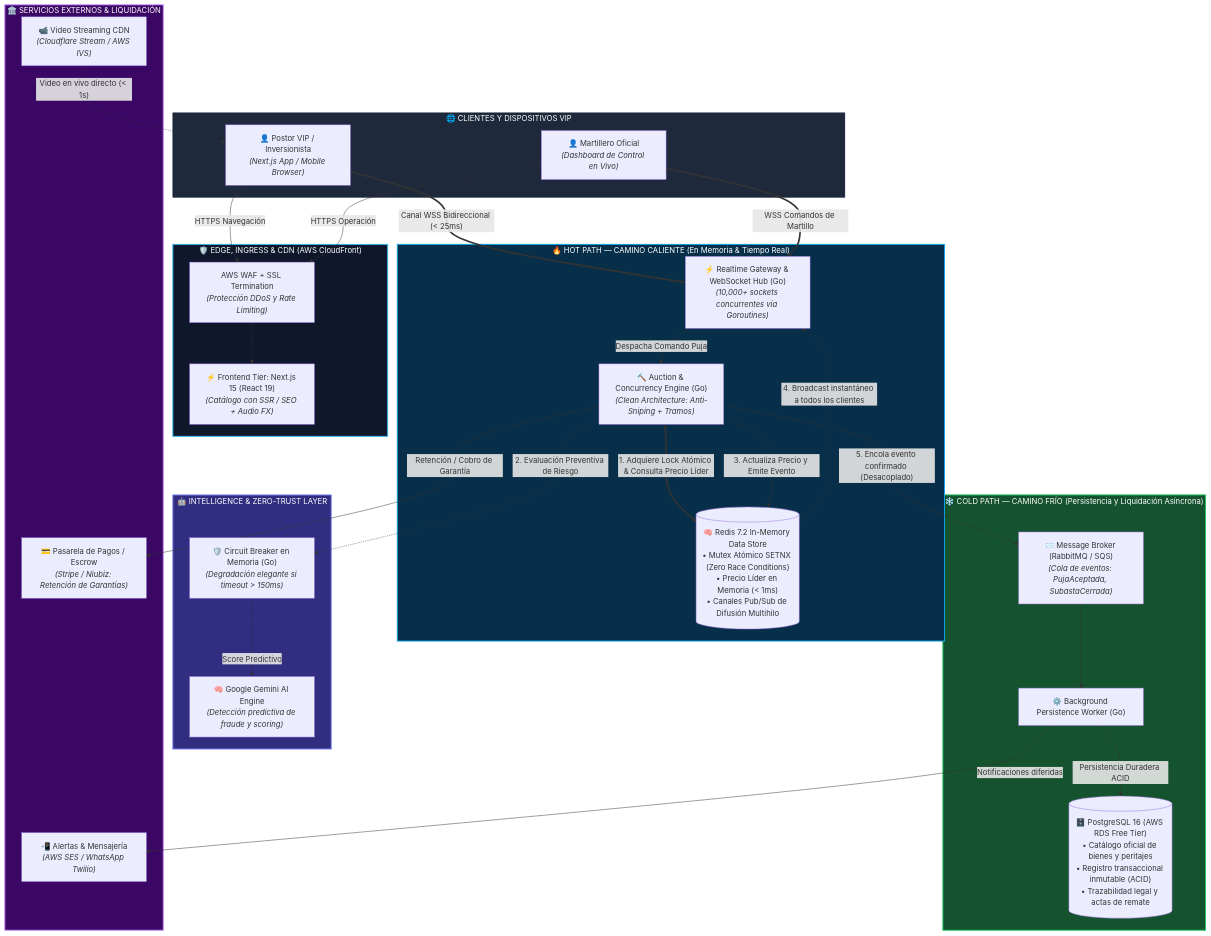
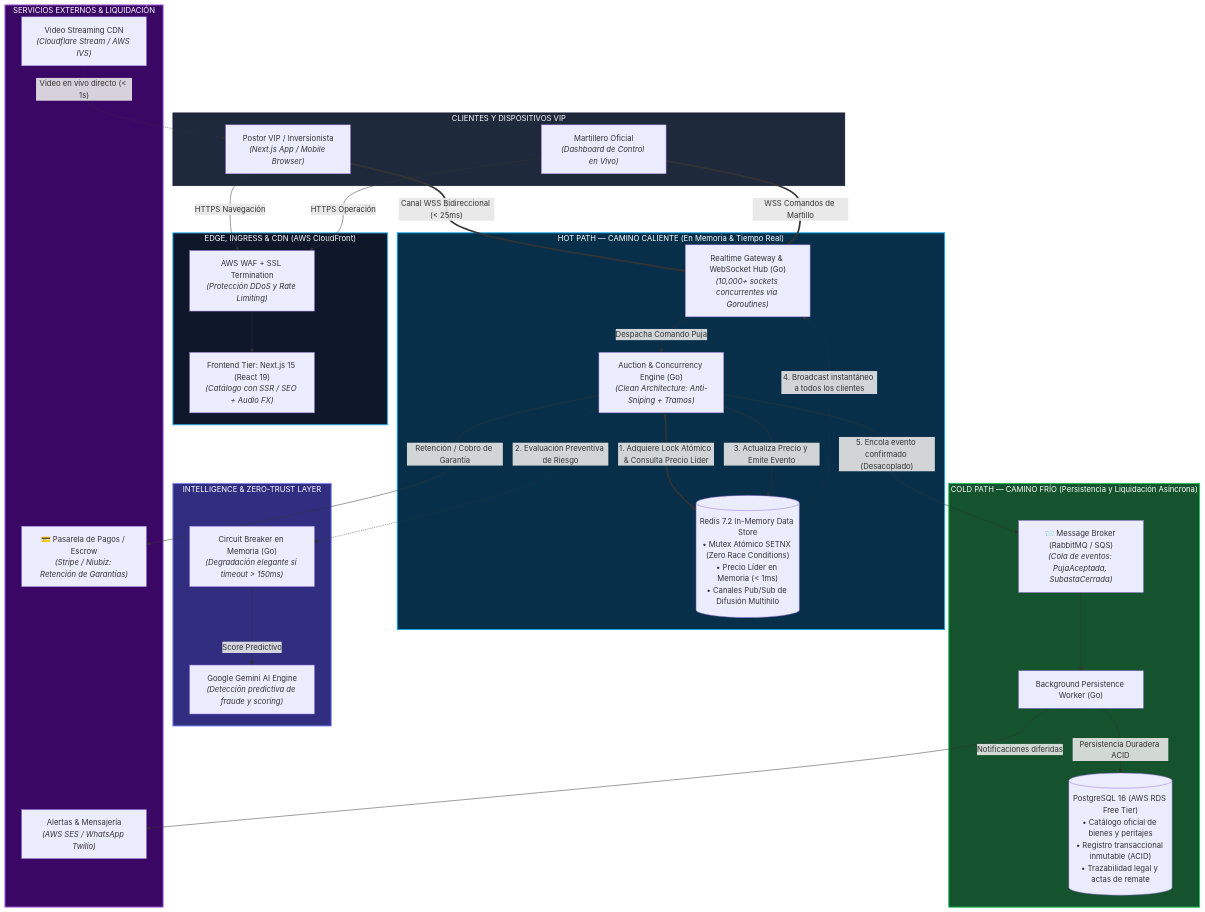
The diagram in docs/02-arquitectura-software/arquitectura-inicial.md (fxrl01/PlataformaSubastas-arquitSoft-02-Fernando), drawn with Mermaid before and after one commit.

Commit message:
Modificando Acciones

```diff
--- a/docs/02-arquitectura-software/arquitectura-inicial.md
+++ b/docs/02-arquitectura-software/arquitectura-inicial.md
@@ -22,52 +22,52 @@
     %% =========================
     %% CLIENTES Y DISPOSITIVOS
     %% =========================
-    subgraph CLIENTS["🌐 CLIENTES Y DISPOSITIVOS VIP"]
-        Bidder["👤 Postor VIP / Inversionista<br><i>(Next.js App / Mobile Browser)</i>"]
-        Auctioneer["👤 Martillero Oficial<br><i>(Dashboard de Control en Vivo)</i>"]
+    subgraph CLIENTS[" CLIENTES Y DISPOSITIVOS VIP"]
+        Bidder[" Postor VIP / Inversionista<br><i>(Next.js App / Mobile Browser)</i>"]
+        Auctioneer[" Martillero Oficial<br><i>(Dashboard de Control en Vivo)</i>"]
     end
 
     %% =========================
     %% PERÍMETRO Y EDGE (AWS)
     %% =========================
-    subgraph EDGE_LAYER["🛡️ EDGE, INGRESS & CDN (AWS CloudFront)"]
+    subgraph EDGE_LAYER[" EDGE, INGRESS & CDN (AWS CloudFront)"]
         WAF["AWS WAF + SSL Termination<br><i>(Protección DDoS y Rate Limiting)</i>"]
-        NextSSR["⚡ Frontend Tier: Next.js 15 (React 19)<br><i>(Catálogo con SSR / SEO + Audio FX)</i>"]
+        NextSSR[" Frontend Tier: Next.js 15 (React 19)<br><i>(Catálogo con SSR / SEO + Audio FX)</i>"]
     end
 
     %% =========================
     %% HOT PATH (TIEMPO REAL < 25ms)
     %% =========================
-    subgraph HOT_PATH["🔥 HOT PATH — CAMINO CALIENTE (En Memoria & Tiempo Real)"]
-        WSHub["⚡ Realtime Gateway & WebSocket Hub (Go)<br><i>(10,000+ sockets concurrentes vía Goroutines)</i>"]
-        Engine["🔨 Auction & Concurrency Engine (Go)<br><i>(Clean Architecture: Anti-Sniping + Tramos)</i>"]
-        RedisCluster[("🧠 Redis 7.2 In-Memory Data Store<br>• Mutex Atómico SETNX (Zero Race Conditions)<br>• Precio Líder en Memoria (< 1ms)<br>• Canales Pub/Sub de Difusión Multihilo")]
+    subgraph HOT_PATH["HOT PATH — CAMINO CALIENTE (En Memoria & Tiempo Real)"]
+        WSHub["Realtime Gateway & WebSocket Hub (Go)<br><i>(10,000+ sockets concurrentes vía Goroutines)</i>"]
+        Engine["Auction & Concurrency Engine (Go)<br><i>(Clean Architecture: Anti-Sniping + Tramos)</i>"]
+        RedisCluster[("Redis 7.2 In-Memory Data Store<br>• Mutex Atómico SETNX (Zero Race Conditions)<br>• Precio Líder en Memoria (< 1ms)<br>• Canales Pub/Sub de Difusión Multihilo")]
     end
 
     %% =========================
     %% INTELLIGENCE & TRUST TIER
     %% =========================
-    subgraph AI_TRUST["🤖 INTELLIGENCE & ZERO-TRUST LAYER"]
-        CircuitBreaker["🛡️ Circuit Breaker en Memoria (Go)<br><i>(Degradación elegante si timeout > 150ms)</i>"]
-        GeminiAI["🧠 Google Gemini AI Engine<br><i>(Detección predictiva de fraude y scoring)</i>"]
+    subgraph AI_TRUST["INTELLIGENCE & ZERO-TRUST LAYER"]
+        CircuitBreaker["Circuit Breaker en Memoria (Go)<br><i>(Degradación elegante si timeout > 150ms)</i>"]
+        GeminiAI["Google Gemini AI Engine<br><i>(Detección predictiva de fraude y scoring)</i>"]
     end
 
     %% =========================
     %% COLD PATH (DURABILIDAD Y AUDITORÍA)
     %% =========================
-    subgraph COLD_PATH["❄️ COLD PATH — CAMINO FRÍO (Persistencia y Liquidación Asíncrona)"]
+    subgraph COLD_PATH["COLD PATH — CAMINO FRÍO (Persistencia y Liquidación Asíncrona)"]
         Broker["📨 Message Broker (RabbitMQ / SQS)<br><i>(Cola de eventos: PujaAceptada, SubastaCerrada)</i>"]
-        AsyncWorker["⚙️ Background Persistence Worker (Go)"]
-        PostgresDB[("🗄️ PostgreSQL 16 (AWS RDS Free Tier)<br>• Catálogo oficial de bienes y peritajes<br>• Registro transaccional inmutable (ACID)<br>• Trazabilidad legal y actas de remate")]
+        AsyncWorker["Background Persistence Worker (Go)"]
+        PostgresDB[("PostgreSQL 16 (AWS RDS Free Tier)<br>• Catálogo oficial de bienes y peritajes<br>• Registro transaccional inmutable (ACID)<br>• Trazabilidad legal y actas de remate")]
     end
 
     %% =========================
     %% INTEGRACIONES EXTERNAS
     %% =========================
-    subgraph EXTERNAL["🏛️ SERVICIOS EXTERNOS & LIQUIDACIÓN"]
+    subgraph EXTERNAL["SERVICIOS EXTERNOS & LIQUIDACIÓN"]
         PaymentEscrow["💳 Pasarela de Pagos / Escrow<br><i>(Stripe / Niubiz: Retención de Garantías)</i>"]
-        VideoCDN["📹 Video Streaming CDN<br><i>(Cloudflare Stream / AWS IVS)</i>"]
-        Notif["📲 Alertas & Mensajería<br><i>(AWS SES / WhatsApp Twilio)</i>"]
+        VideoCDN["Video Streaming CDN<br><i>(Cloudflare Stream / AWS IVS)</i>"]
+        Notif["Alertas & Mensajería<br><i>(AWS SES / WhatsApp Twilio)</i>"]
     end
 
     %% CONEXIONES Y FLUJOS
```
